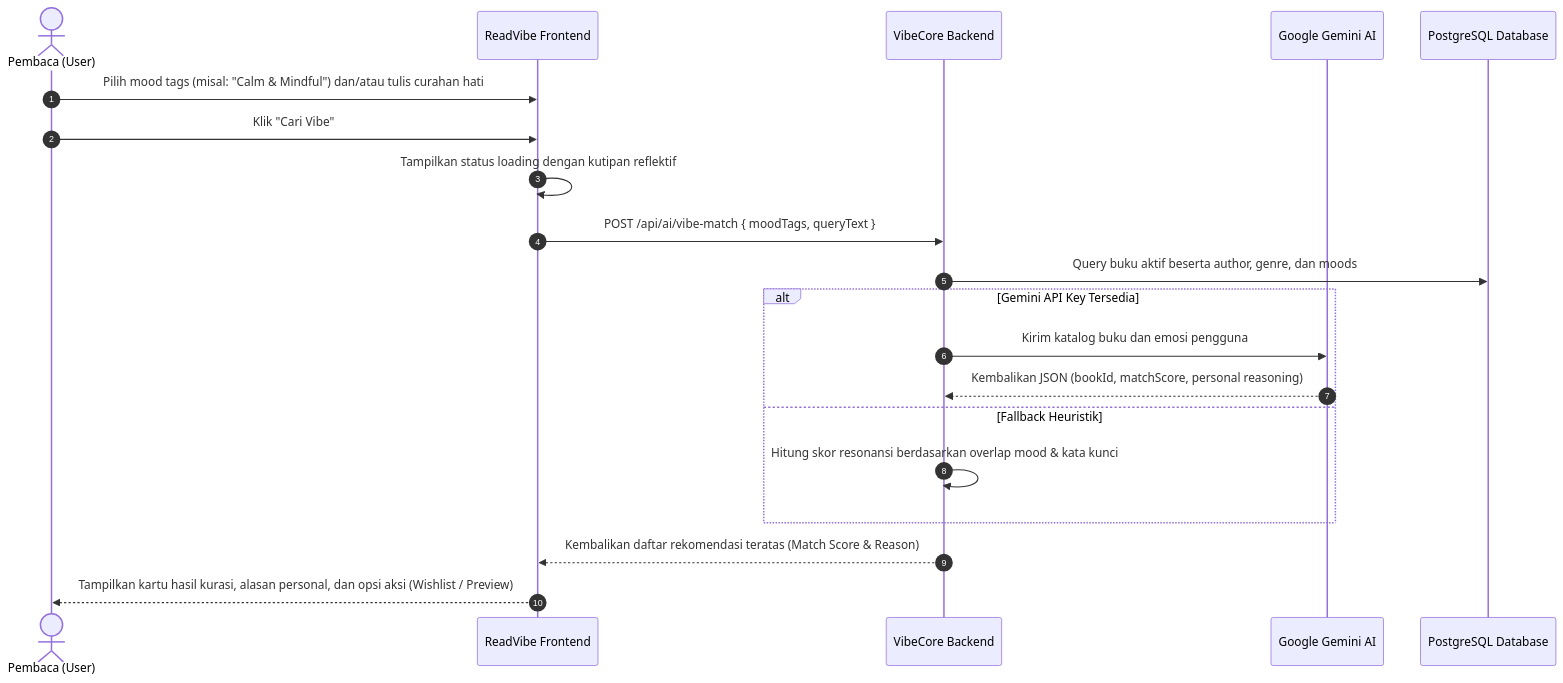
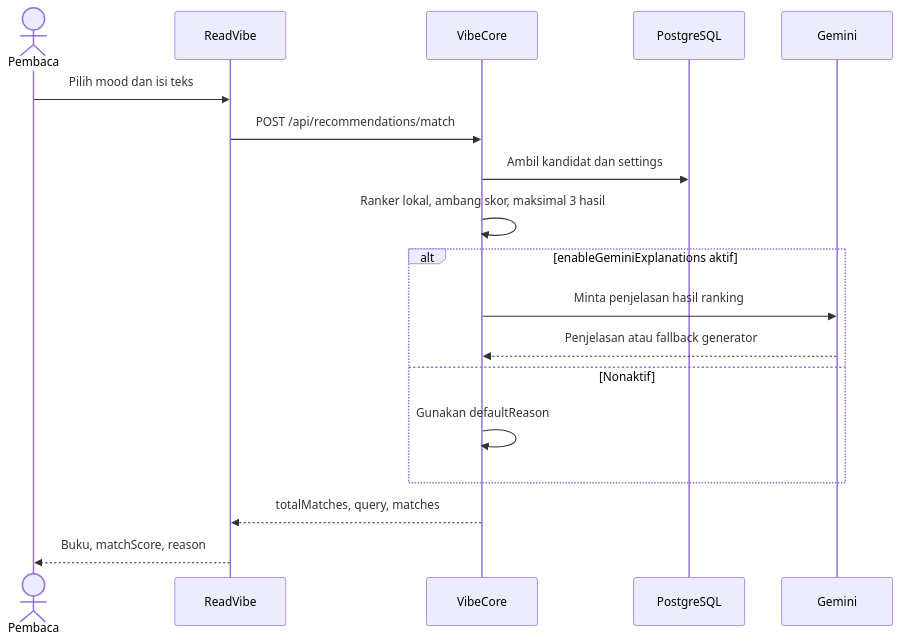
One commit to vincent-guizot/readvibe-core_desk changed the first of 4 diagrams in Documentations/product/alur-pengguna.md. Above: the diagram before and after it, drawn with Mermaid. The commit also changed other lines of this file and 9 other files, not shown here.

````diff
--- a/Documentations/product/alur-pengguna.md
+++ b/Documentations/product/alur-pengguna.md
@@ -7,23 +7,20 @@
 ```mermaid
 sequenceDiagram
-    autonumber
-    actor User as Pembaca (User)
-    participant RV as ReadVibe Frontend
-    participant VC as VibeCore Backend
-    participant Gemini as Google Gemini AI
-    participant DB as PostgreSQL Database
-
-    User->>RV: Pilih mood tags (misal: "Calm & Mindful") dan/atau tulis curahan hati
-    User->>RV: Klik "Cari Vibe"
-    RV->>RV: Tampilkan status loading dengan kutipan reflektif
-    RV->>VC: POST /api/ai/vibe-match { moodTags, queryText }
-    VC->>DB: Query buku aktif beserta author, genre, dan moods
-    alt Gemini API Key Tersedia
-        VC->>Gemini: Kirim katalog buku dan emosi pengguna
-        Gemini-->>VC: Kembalikan JSON (bookId, matchScore, personal reasoning)
-    else Fallback Heuristik
-        VC->>VC: Hitung skor resonansi berdasarkan overlap mood & kata kunci
-    end
-    VC-->>RV: Kembalikan daftar rekomendasi teratas (Match Score & Reason)
-    RV-->>User: Tampilkan kartu hasil kurasi, alasan personal, dan opsi aksi (Wishlist / Preview)
+  actor Reader as Pembaca
+  participant UI as ReadVibe
+  participant API as VibeCore
+  participant DB as PostgreSQL
+  participant Gemini
+  Reader->>UI: Pilih mood dan isi teks
+  UI->>API: POST /api/recommendations/match
+  API->>DB: Ambil kandidat dan settings
+  API->>API: Ranker lokal, ambang skor, maksimal 3 hasil
+  alt enableGeminiExplanations aktif
+    API->>Gemini: Minta penjelasan hasil ranking
+    Gemini-->>API: Penjelasan atau fallback generator
+  else Nonaktif
+    API->>API: Gunakan defaultReason
+  end
+  API-->>UI: totalMatches, query, matches
+  UI-->>Reader: Buku, matchScore, reason
 ```
````
